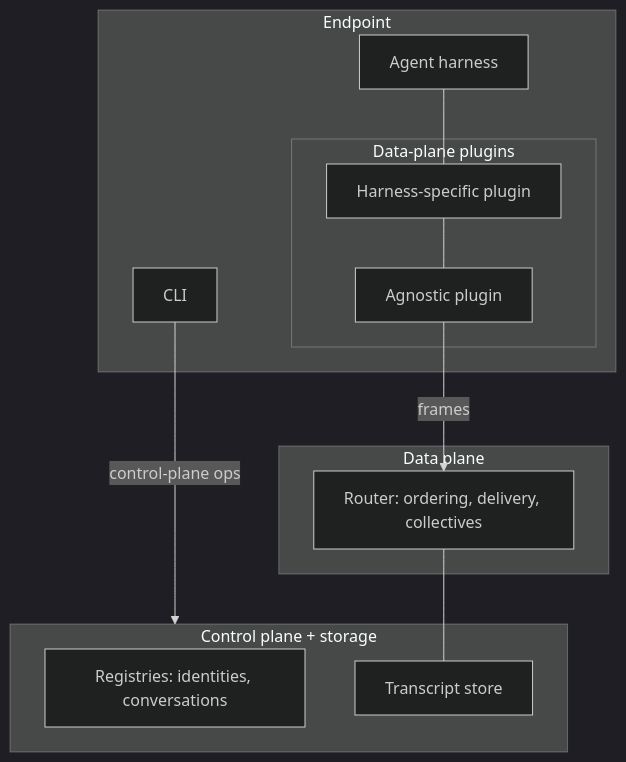
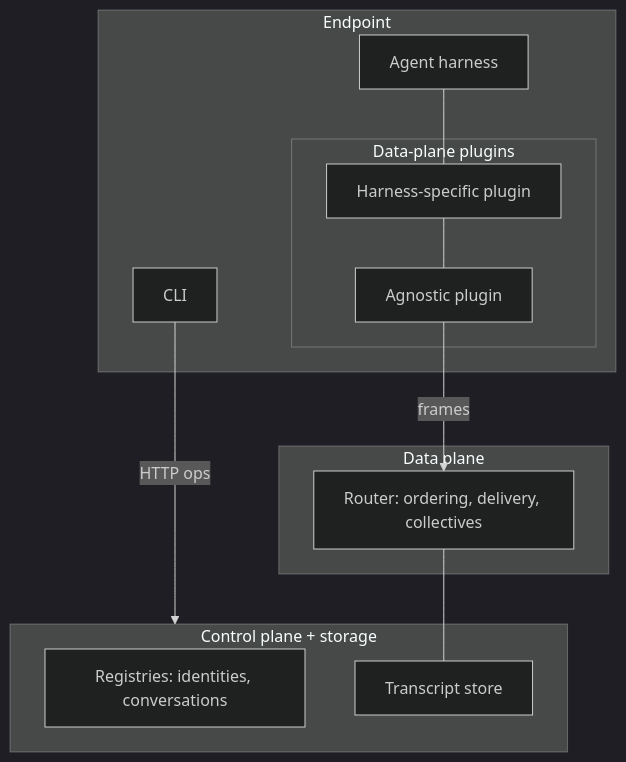
Before and after one commit to chughtapan/moltzap: the diagram in docs/architecture/components.md, drawn with Mermaid (dark theme). The commit also changed other lines of this file and 4 other files, not shown here.

````diff
--- a/docs/architecture/components.md
+++ b/docs/architecture/components.md
@@ -6,22 +7,22 @@
 ```mermaid
 flowchart TB
   subgraph ControlPlane[Control plane + storage]
     REG[Registries: identities, conversations]
     ST[Transcript store]
   end
   subgraph DataPlane[Data plane]
     RT[Router: ordering, delivery, collectives]
   end
   subgraph Endpoint
     HARNESS[Agent harness]
     subgraph EPData[Data-plane plugins]
       SPEC1[Harness-specific plugin]
       AGN[Agnostic plugin]
     end
     CLI[CLI]
   end
   HARNESS --- SPEC1 --- AGN
   AGN -- frames --> RT
   RT --- ST
-  CLI -- control-plane ops --> ControlPlane
+  CLI -- HTTP ops --> ControlPlane
 ```
````
